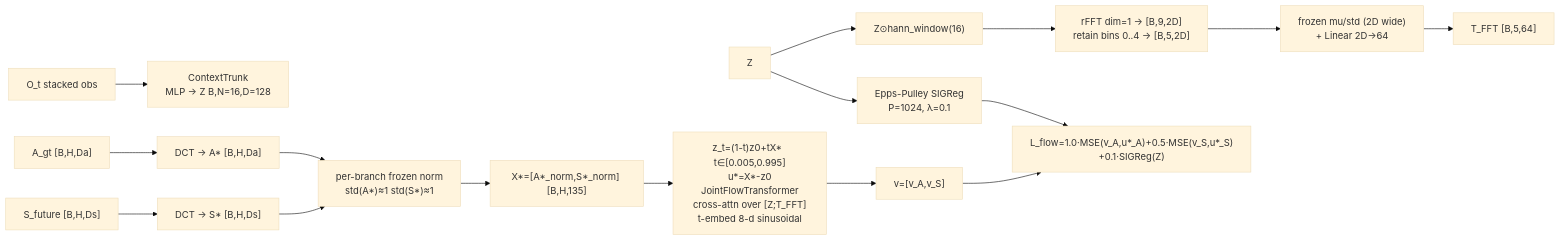
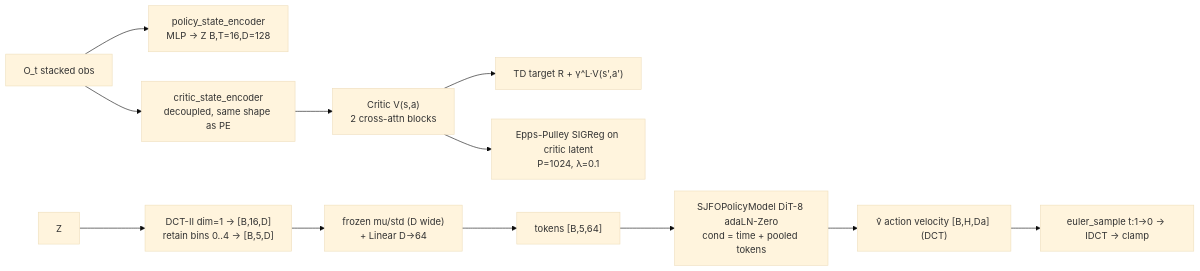
The diagram in docs/architecture.md (dzungphieuluuky/flow-policy-optimization), drawn with Mermaid (base theme) before and after one commit. The commit also changed other lines of this file, not shown here.

Commit message:
Redraw architecture around decoupled DCT encoders

````diff
--- a/docs/architecture.md
+++ b/docs/architecture.md
@@ -13,15 +13,13 @@
 ```mermaid
 flowchart LR
-  O[O_t stacked obs] --> Tr[ContextTrunk\nMLP → Z B,N=16,D=128]
-  Z --> Hann["Z⊙hann_window(16)"]
-  Hann --> RFFT["rFFT dim=1 → [B,9,2D]\nretain bins 0..4 → [B,5,2D]"]
-  RFFT --> Norm["frozen mu/std (2D wide)\n+ Linear 2D→64"] --> TFFT["T_FFT [B,5,64]"]
-  A["A_gt [B,H,Da]"] --> DCTA["DCT → A* [B,H,Da]"]
-  S["S_future [B,H,Ds]"] --> DCTS["DCT → S* [B,H,Ds]"]
-  DCTA --> PN["per-branch frozen norm\nstd(A*)≈1 std(S*)≈1"] --> Xstar["X*=[A*_norm,S*_norm] [B,H,135]"]
-  DCTS --> PN
-  Xstar --> Flow["z_t=(1-t)z0+tX*  t∈[0.005,0.995]\nu*=X*-z0\nJointFlowTransformer\ncross-attn over [Z;T_FFT]\nt-embed 8-d sinusoidal"] --> V["v=[v_A,v_S]"]
-  V --> Loss["L_flow=1.0·MSE(v_A,u*_A)+0.5·MSE(v_S,u*_S)\n+0.1·SIGReg(Z)"]
-  Z --> SIG["Epps-Pulley SIGReg\nP=1024, λ=0.1"]
-  SIG --> Loss
+  O[O_t stacked obs] --> PE[policy_state_encoder\nMLP → Z B,T=16,D=128]
+  Z --> DCT["DCT-II dim=1 → [B,16,D]\nretain bins 0..4 → [B,5,D]"]
+  DCT --> Norm["frozen mu/std (D wide)\n+ Linear D→64"] --> TOK["tokens [B,5,64]"]
+  TOK --> DIT["SJFOPolicyModel DiT-8 adaLN-Zero\ncond = time + pooled tokens"]
+  DIT --> V["v̂ action velocity [B,H,Da] (DCT)"]
+  V --> EUL["euler_sample t:1→0 → IDCT → clamp"]
+  O --> CE[critic_state_encoder\ndecoupled, same shape as PE]
+  CE --> CR["Critic V(s,a)\n2 cross-attn blocks"]
+  CR --> TD["TD target R + γ^L·V(s',a')"]
+  CR --> SIG["Epps-Pulley SIGReg on critic latent\nP=1024, λ=0.1"]
 ```
````
